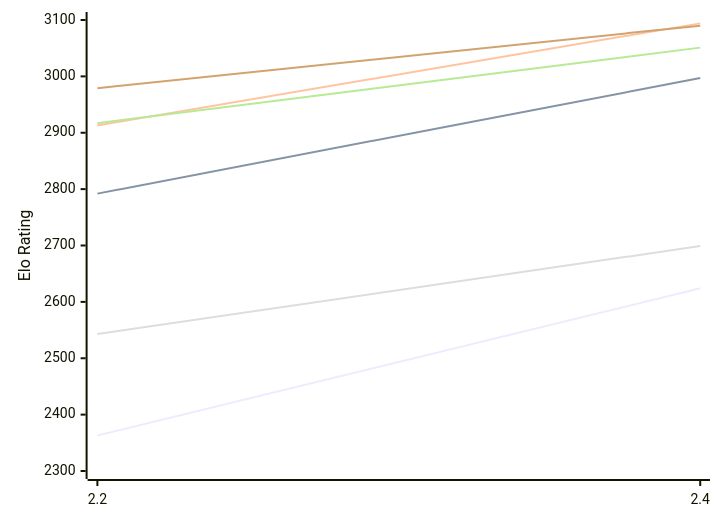
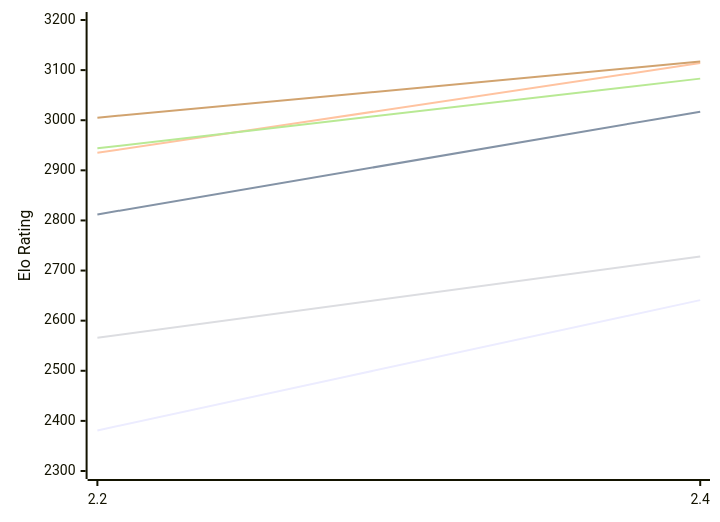
One commit to computer-chess-index/cci changed the first of 2 diagrams in engines/Sloth.md. Above: the diagram before and after it, drawn with Mermaid. The commit also changed other lines of this file, not shown here.

Commit message:
Update CCI Ratings (ELO VLTC) - 2026-10-20

````diff
--- a/engines/Sloth.md
+++ b/engines/Sloth.md
@@ -50,12 +50,12 @@
 ```mermaid
 %%{init: {"theme":"base","themeVariables":{"seriesColors:['#a3a3a3','#222221','#faa371']}}}%%
 xychart-beta
   x-axis ["2.2", "2.4"]
-  y-axis "Elo Rating" 2300 --> 3100
-  line "E1: STC (8.0+0.08s)" [2363, 2624]
-  line "E1: LTC (60.0+0.60s)" [2792, 2997]
-  line "E1: VLTC (2m24s+1.12s)" [2913, 3094]
-  line "P1: STC (8.0+0.08s)" [2543, 2699]
-  line "P1: LTC (60.0+0.60s)" [2917, 3051]
-  line "P1: VLTC (2m24s+1.12s)" [2979, 3090]
+  y-axis "Elo Rating" 2300 --> 3200
+  line "E1: STC (8.0+0.08s)" [2381, 2641]
+  line "E1: LTC (60.0+0.60s)" [2812, 3017]
+  line "E1: VLTC (2m24s+1.12s)" [2935, 3114]
+  line "P1: STC (8.0+0.08s)" [2566, 2728]
+  line "P1: LTC (60.0+0.60s)" [2944, 3083]
+  line "P1: VLTC (2m24s+1.12s)" [3005, 3117]
 ```
````
